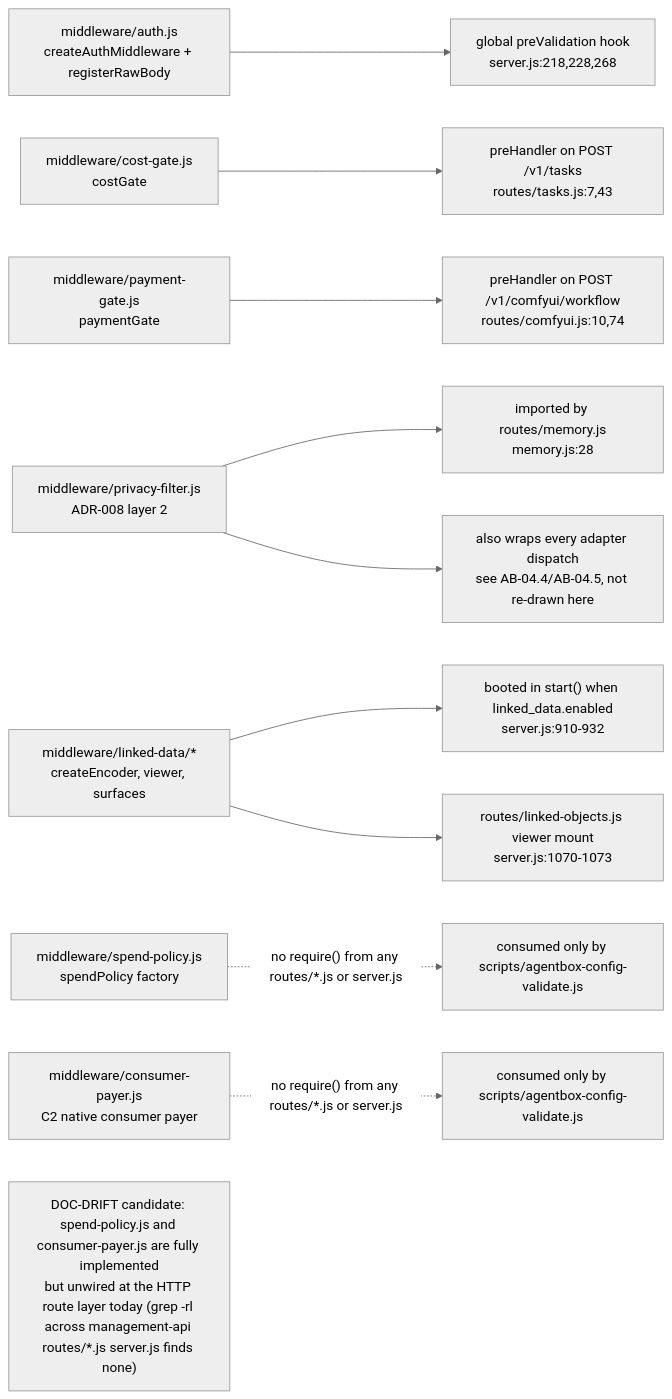
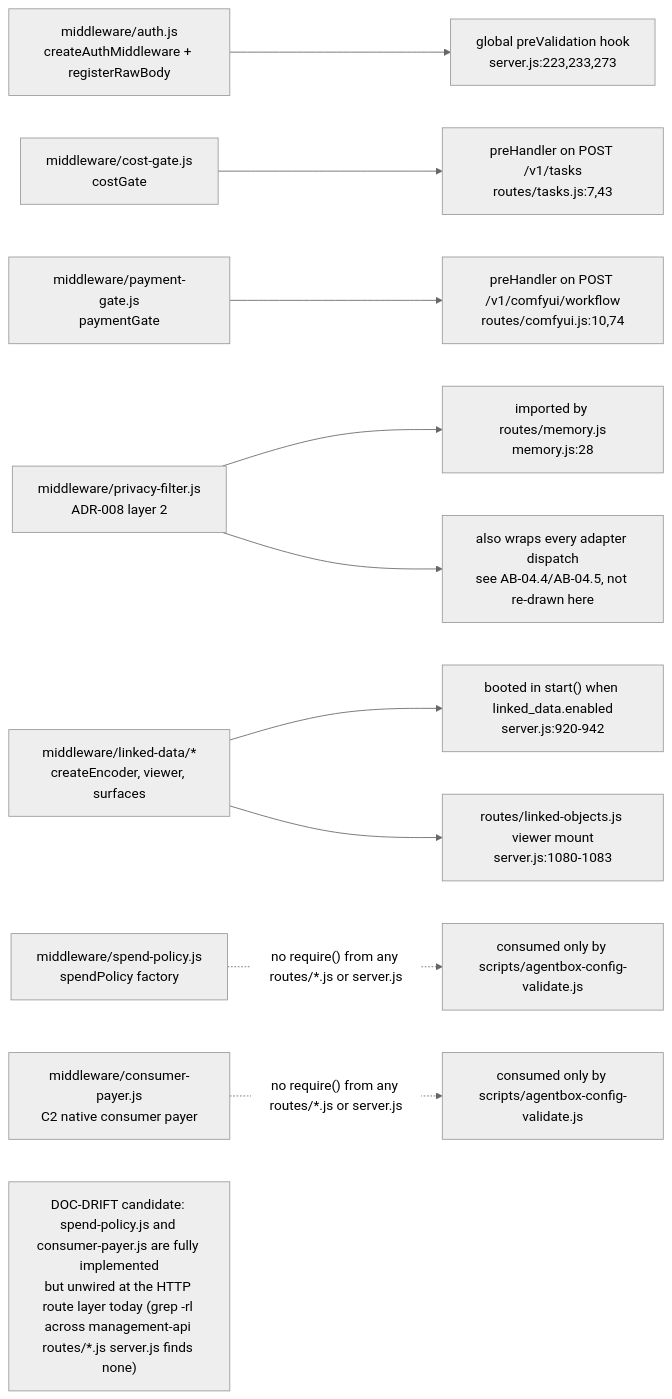
One commit to DreamLab-AI/VisionFlow changed diagram 16 of 17 in docs/diagrams/agentbox/03-management-api-request-lifecycle.md. Above: the diagram before and after it, drawn with Mermaid (neutral theme). The commit also changed other lines of this file and 94 other files, not shown here.

First line of the commit message:
docs(diagrams): re-verify 130 topics against 2 October HEADs

````diff
--- a/docs/diagrams/agentbox/03-management-api-request-lifecycle.md
+++ b/docs/diagrams/agentbox/03-management-api-request-lifecycle.md
@@ -613,13 +613,13 @@
 ```mermaid
 flowchart LR
-    A["middleware/auth.js<br/>createAuthMiddleware + registerRawBody"] --> A1["global preValidation hook<br/>server.js:218,228,268"]
+    A["middleware/auth.js<br/>createAuthMiddleware + registerRawBody"] --> A1["global preValidation hook<br/>server.js:223,233,273"]
     B["middleware/cost-gate.js<br/>costGate"] --> B1["preHandler on POST /v1/tasks<br/>routes/tasks.js:7,43"]
     C["middleware/payment-gate.js<br/>paymentGate"] --> C1["preHandler on POST /v1/comfyui/workflow<br/>routes/comfyui.js:10,74"]
     D["middleware/privacy-filter.js<br/>ADR-008 layer 2"] --> D1["imported by routes/memory.js<br/>memory.js:28"]
     D --> D2["also wraps every adapter dispatch<br/>see AB-04.4/AB-04.5, not re-drawn here"]
-    E["middleware/linked-data/*<br/>createEncoder, viewer, surfaces"] --> E1["booted in start() when linked_data.enabled<br/>server.js:910-932"]
-    E --> E2["routes/linked-objects.js viewer mount<br/>server.js:1070-1073"]
+    E["middleware/linked-data/*<br/>createEncoder, viewer, surfaces"] --> E1["booted in start() when linked_data.enabled<br/>server.js:920-942"]
+    E --> E2["routes/linked-objects.js viewer mount<br/>server.js:1080-1083"]
     F["middleware/spend-policy.js<br/>spendPolicy factory"] -.->|"no require() from any routes/*.js or server.js"| F1["consumed only by scripts/agentbox-config-validate.js"]
     G["middleware/consumer-payer.js<br/>C2 native consumer payer"] -.->|"no require() from any routes/*.js or server.js"| G1["consumed only by scripts/agentbox-config-validate.js"]
     Note1["DOC-DRIFT candidate: spend-policy.js and consumer-payer.js are fully implemented<br/>but unwired at the HTTP route layer today (grep -rl across management-api routes/*.js server.js finds none)"]
 ```
````
